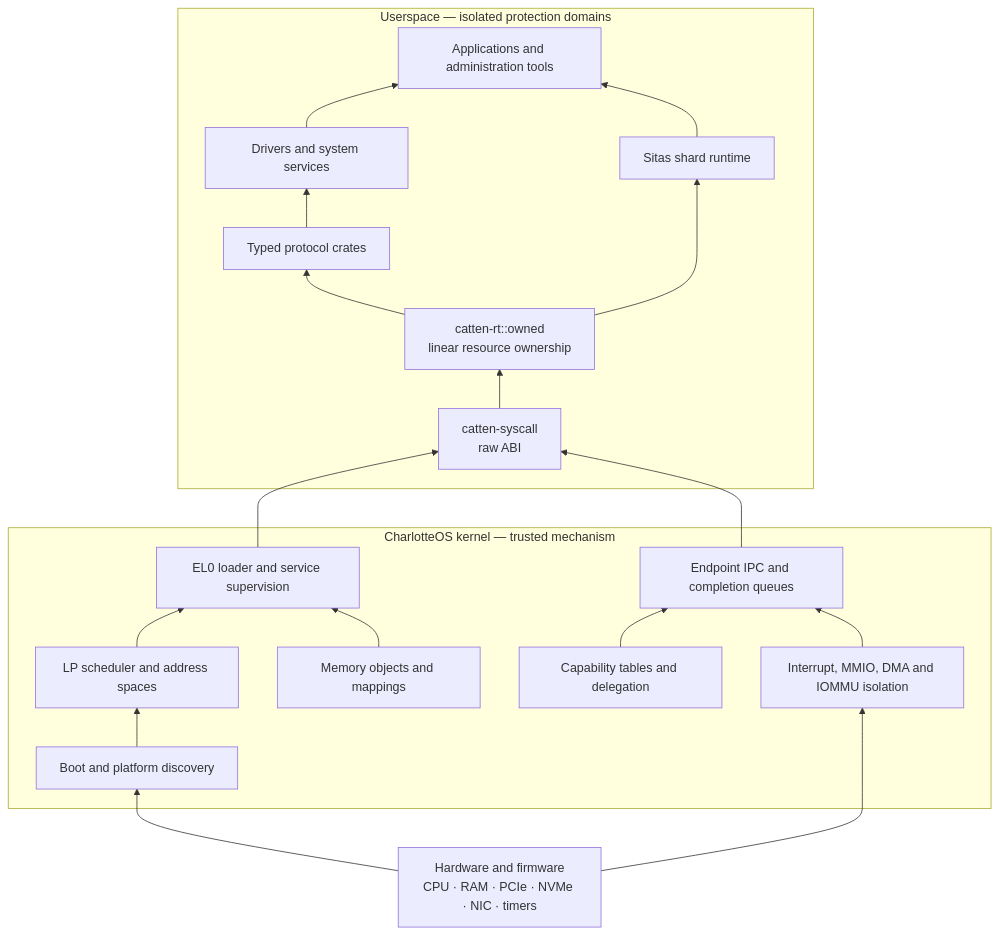
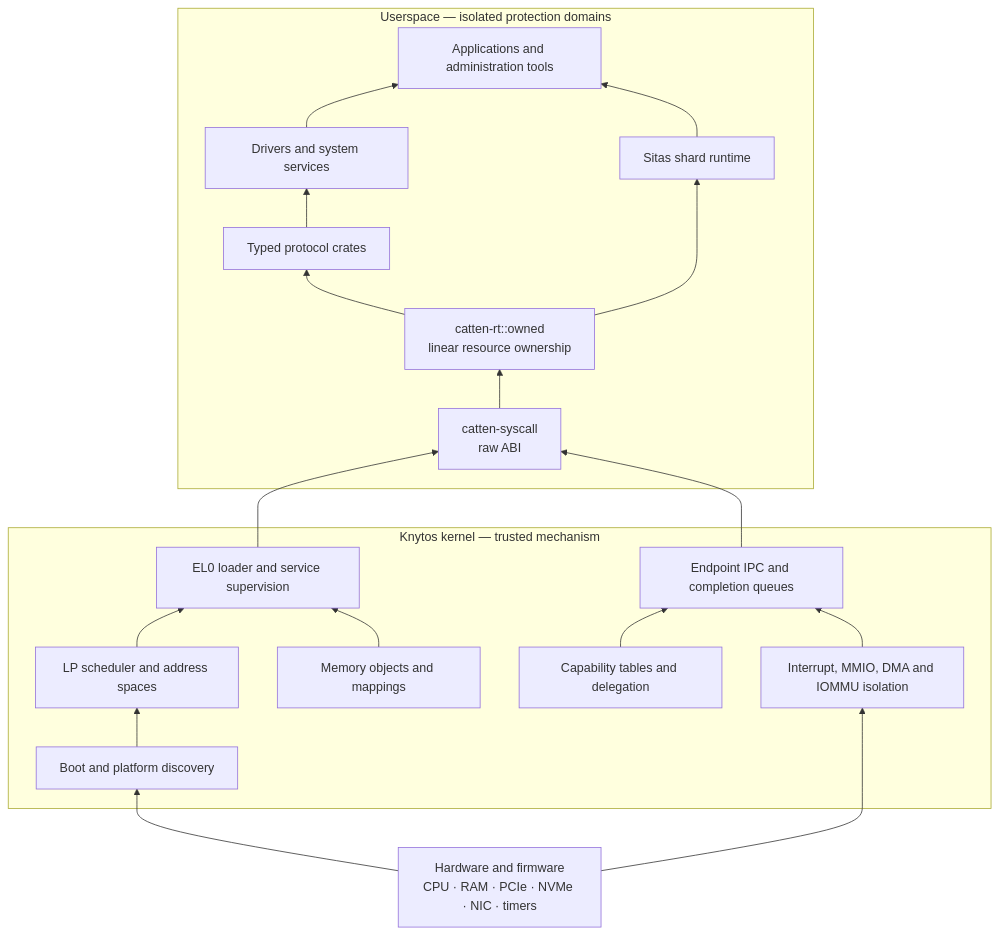
The first of 14 diagrams in docs/figures.md (FrodeRanders/charlotte-os), drawn with Mermaid before and after one commit. The commit also changed other lines of this file and 333 other files, not shown here.

````diff
--- a/docs/figures.md
+++ b/docs/figures.md
@@ -6,40 +6,40 @@
 ```mermaid
 flowchart BT
 HW["Hardware and firmware<br/>CPU · RAM · PCIe · NVMe · NIC · timers"]
 
-      subgraph K["CharlotteOS kernel — trusted mechanism"]
+      subgraph K["Knytos kernel — trusted mechanism"]
           PLATFORM["Boot and platform discovery"]
           SCHED["LP scheduler and address spaces"]
           MEMORY["Memory objects and mappings"]
           CAPS["Capability tables and delegation"]
           IPC["Endpoint IPC and completion queues"]
           DEVICE["Interrupt, MMIO, DMA and IOMMU isolation"]
           LOADER["EL0 loader and service supervision"]
       end
 
       subgraph U["Userspace — isolated protection domains"]
           ABI["catten-syscall<br/>raw ABI"]
           RT["catten-rt::owned<br/>linear resource ownership"]
           PROTOCOLS["Typed protocol crates"]
           SERVICES["Drivers and system services"]
           SITAS["Sitas shard runtime"]
           APPS["Applications and administration tools"]
       end
 
       HW --> PLATFORM
       HW --> DEVICE
       PLATFORM --> SCHED
       SCHED --> LOADER
       MEMORY --> LOADER
       CAPS --> IPC
       DEVICE --> IPC
 
       LOADER --> ABI
       IPC --> ABI
       ABI --> RT
       RT --> PROTOCOLS
       PROTOCOLS --> SERVICES
       RT --> SITAS
       SERVICES --> APPS
       SITAS --> APPS
 ```
````
